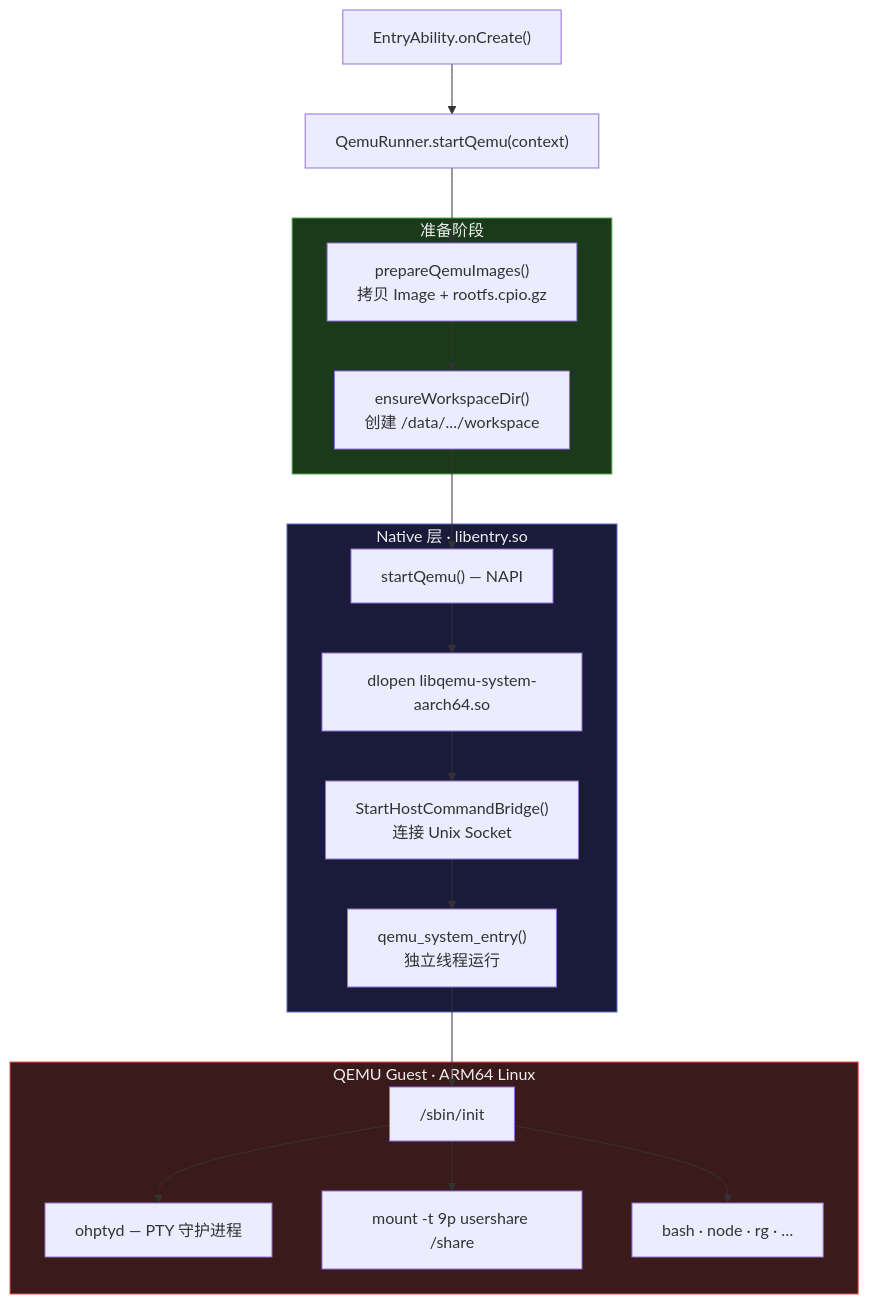
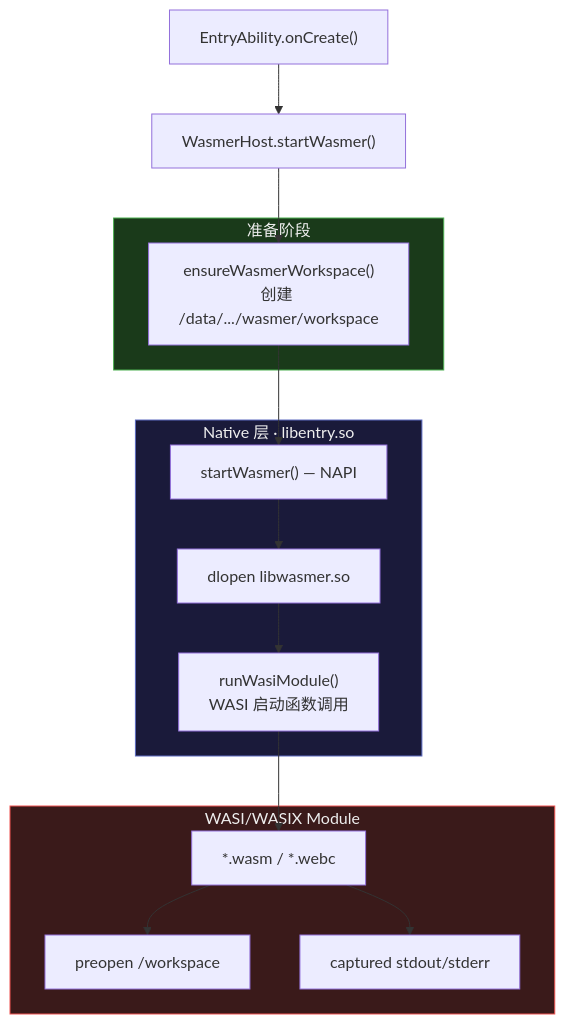
The seventh of 12 diagrams in README.md (Multi-V-VM/CodifyOne-OH), drawn with Mermaid before and after one commit. The commit also changed other lines of this file and 29 other files, not shown here.

````diff
--- a/README.md
+++ b/README.md
@@ -437,34 +434,32 @@
 ```mermaid
 flowchart TB
     EA["EntryAbility.onCreate()"]
-    QR["QemuRunner.startQemu(context)"]
+    WH["WasmerHost.startWasmer()"]
 
     subgraph Prep["准备阶段"]
-        PQI["prepareQemuImages()<br/>拷贝 Image + rootfs.cpio.gz"]
-        EWD["ensureWorkspaceDir()<br/>创建 /data/.../workspace"]
+        EWD["ensureWasmerWorkspace()<br/>创建 /data/.../wasmer/workspace"]
     end
 
     subgraph Native["Native 层 · libentry.so"]
-        SQ["startQemu() — NAPI"]
-        DLO["dlopen libqemu-system-aarch64.so"]
-        HCB["StartHostCommandBridge()<br/>连接 Unix Socket"]
-        QET["qemu_system_entry()<br/>独立线程运行"]
+        SW["startWasmer() — NAPI"]
+        DLO["dlopen libwasmer.so"]
+        RW["runWasiModule()<br/>WASI 启动函数调用"]
     end
 
-    subgraph Guest["QEMU Guest · ARM64 Linux"]
-        INIT["/sbin/init"]
-        OHPTYD["ohptyd — PTY 守护进程"]
-        MOUNT["mount -t 9p usershare /share"]
-        TOOLS["bash · node · rg · …"]
+    subgraph Wasm["WASI/WASIX Module"]
+        MOD["*.wasm / *.webc"]
+        FS["preopen /workspace"]
+        IO["captured stdout/stderr"]
     end
 
-    EA --> QR
-    QR --> PQI --> EWD --> SQ
-    SQ --> DLO --> HCB --> QET
-    QET --> INIT
-    INIT --> OHPTYD & MOUNT & TOOLS
+    EA --> WH
+    WH --> EWD --> SW
+    SW --> DLO
+    DLO --> RW
+    RW --> MOD
+    MOD --> FS & IO
 
     style Prep fill:#1a3a1a,stroke:#4caf50,color:#eee
     style Native fill:#1a1a3a,stroke:#5c6bc0,color:#eee
-    style Guest fill:#3a1a1a,stroke:#ef5350,color:#eee
+    style Wasm fill:#3a1a1a,stroke:#ef5350,color:#eee
 ```
````
